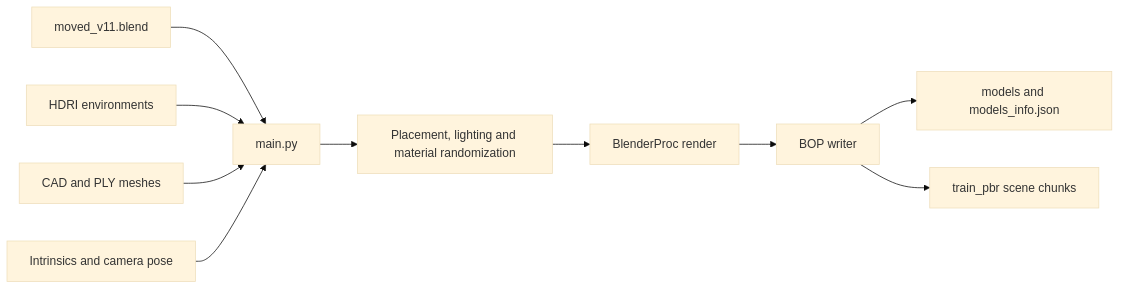
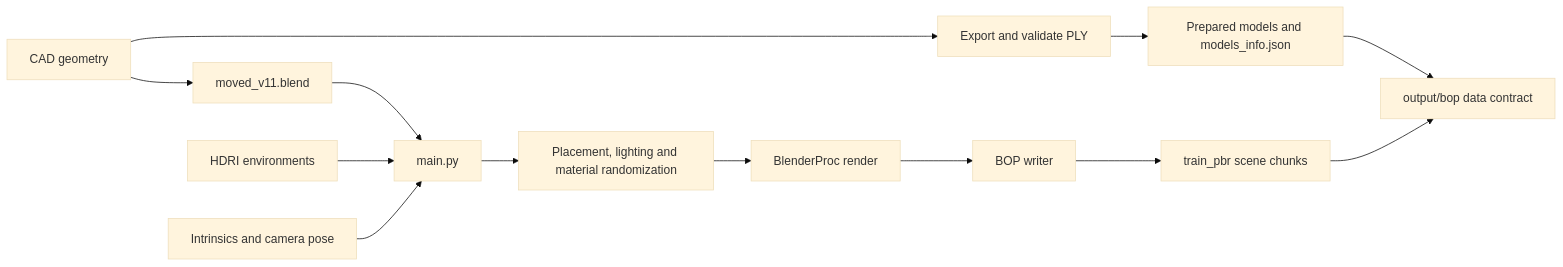
The first of 3 diagrams in docs/02_generate_data.md (DH-ai/synthetic-data-yolo-training_and_pose_estimation), drawn with Mermaid (base theme) before and after one commit. The commit also changed other lines of this file and 4 other files, not shown here.

````diff
--- a/docs/02_generate_data.md
+++ b/docs/02_generate_data.md
@@ -18,12 +18,15 @@
 ```mermaid
 flowchart LR
     Blend[moved_v11.blend] --> Main[main.py]
     HDRI[HDRI environments] --> Main
-    Mesh[CAD and PLY meshes] --> Main
+    CAD[CAD geometry] --> Blend
+    CAD --> Export[Export and validate PLY]
     Camera[Intrinsics and camera pose] --> Main
+    Export --> Models[Prepared models and models_info.json]
     Main --> Randomize[Placement, lighting and material randomization]
     Randomize --> Render[BlenderProc render]
     Render --> BOP[BOP writer]
-    BOP --> Models[models and models_info.json]
     BOP --> Scenes[train_pbr scene chunks]
+    Models --> Root[output/bop data contract]
+    Scenes --> Root
 ```
````
